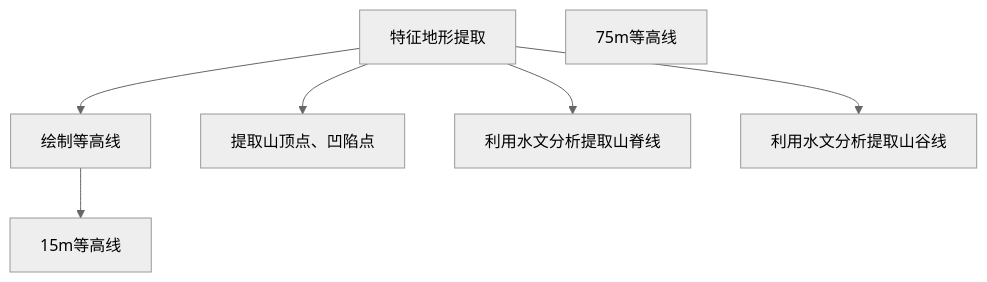
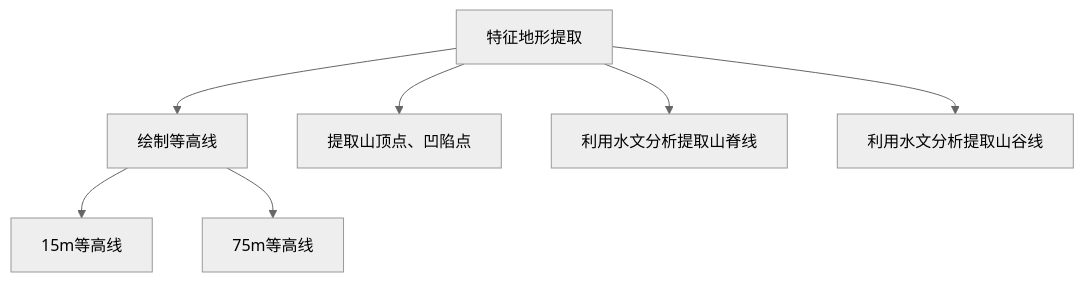
One commit to newguser/iodraw-files changed the diagram in all/未命名-2.md. Above: the diagram before and after it, drawn with Mermaid (neutral theme).

Commit message:
2025-02-28 08:53:55 update

````diff
--- a/all/未命名-2.md
+++ b/all/未命名-2.md
@@ -1,9 +1,9 @@
 ```mermaid
 graph TD
     A[特征地形提取] --> B[绘制等高线]
    A --> C[提取山顶点、凹陷点]
     A --> D[利用水文分析提取山脊线]
     A --> E[利用水文分析提取山谷线]
     B[绘制等高线]--> B1[15m等高线]
-        B2[75m等高线]
+    B[绘制等高线]-->    B2[75m等高线]
 ```
````
